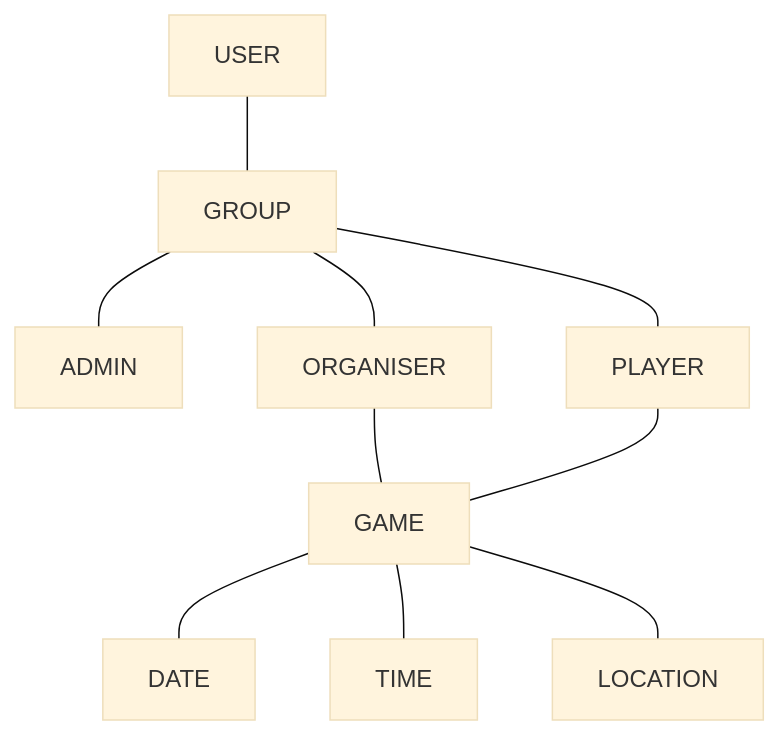
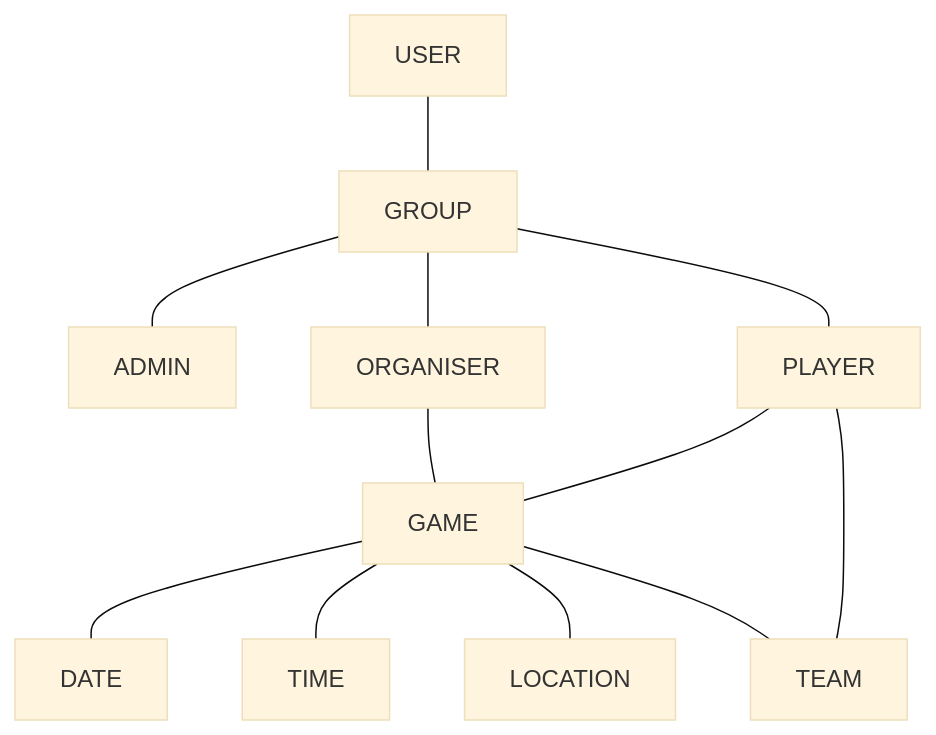
One commit to MichaelM9/5-A-Side-Organiser changed the diagram in README.md. Above: the diagram before and after it, drawn with Mermaid (base theme).

Commit message:
Add team tag to diagram model

````diff
--- a/README.md
+++ b/README.md
@@ -37,12 +37,14 @@
 ```mermaid
 flowchart
 USER --- GROUP
 GROUP --- ADMIN
 GROUP --- ORGANISER
 GROUP --- PLAYER
 ORGANISER --- GAME
 PLAYER --- GAME
+PLAYER --- TEAM
 GAME --- DATE
 GAME --- TIME
 GAME --- LOCATION
+GAME --- TEAM
 ```
````
